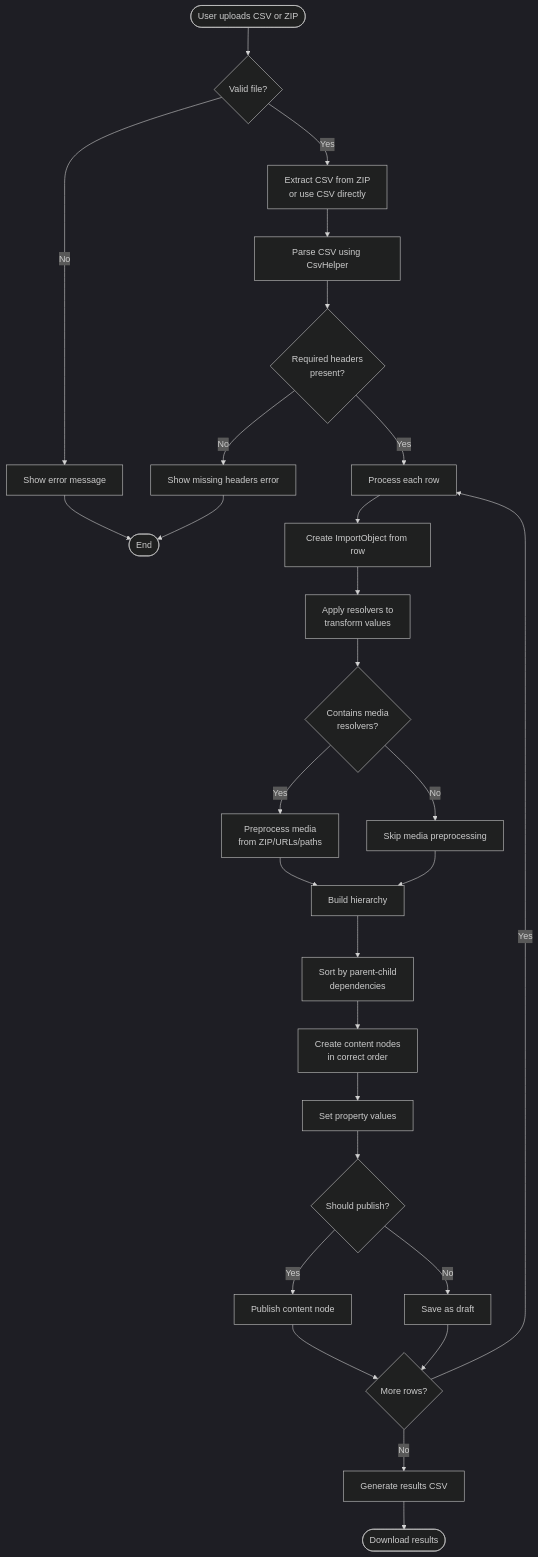
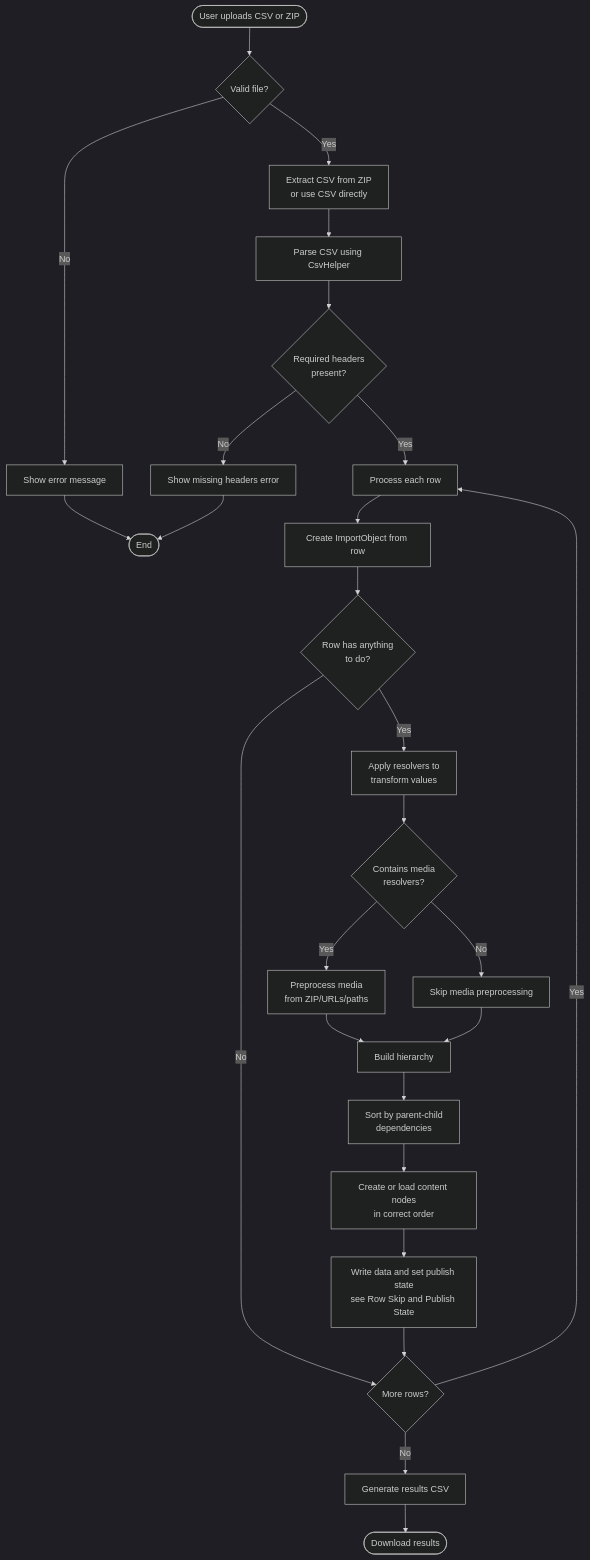
The first of 12 diagrams in .github/docs/process-diagrams.md (ClerksWell-Ltd/BulkUpload), drawn with Mermaid (dark theme) before and after one commit. The commit also changed other lines of this file and 27 other files, not shown here.

````diff
--- a/.github/docs/process-diagrams.md
+++ b/.github/docs/process-diagrams.md
@@ -19,37 +20,35 @@
 ```mermaid
 flowchart TD
     Start([User uploads CSV or ZIP]) --> ValidateFile{Valid file?}
     ValidateFile -->|No| Error1[Show error message]
     ValidateFile -->|Yes| ExtractCSV[Extract CSV from ZIP<br/>or use CSV directly]
 
     ExtractCSV --> ParseCSV[Parse CSV using CsvHelper]
     ParseCSV --> ValidateHeaders{Required headers<br/>present?}
     ValidateHeaders -->|No| Error2[Show missing headers error]
     ValidateHeaders -->|Yes| ProcessRows[Process each row]
 
     ProcessRows --> CreateImportObject[Create ImportObject from row]
-    CreateImportObject --> ApplyResolvers[Apply resolvers to<br/>transform values]
+    CreateImportObject --> SkipRow{Row has anything<br/>to do?}
+    SkipRow -->|No| NextRow
+    SkipRow -->|Yes| ApplyResolvers[Apply resolvers to<br/>transform values]
 
     ApplyResolvers --> MediaCheck{Contains media<br/>resolvers?}
     MediaCheck -->|Yes| PreprocessMedia[Preprocess media<br/>from ZIP/URLs/paths]
     MediaCheck -->|No| SkipMedia[Skip media preprocessing]
     PreprocessMedia --> BuildHierarchy[Build hierarchy]
     SkipMedia --> BuildHierarchy
 
     BuildHierarchy --> SortTopological[Sort by parent-child<br/>dependencies]
-    SortTopological --> CreateContent[Create content nodes<br/>in correct order]
+    SortTopological --> CreateContent[Create or load content nodes<br/>in correct order]
 
-    CreateContent --> SetProperties[Set property values]
-    SetProperties --> Publish{Should publish?}
-    Publish -->|Yes| PublishNode[Publish content node]
-    Publish -->|No| SaveDraft[Save as draft]
+    CreateContent --> SetProperties[Write data and set publish state<br/>see Row Skip and Publish State]
 
-    PublishNode --> NextRow{More rows?}
-    SaveDraft --> NextRow
+    SetProperties --> NextRow{More rows?}
     NextRow -->|Yes| ProcessRows
     NextRow -->|No| GenerateResults[Generate results CSV]
 
     GenerateResults --> Success([Download results])
     Error1 --> End([End])
     Error2 --> End
 ```
````
